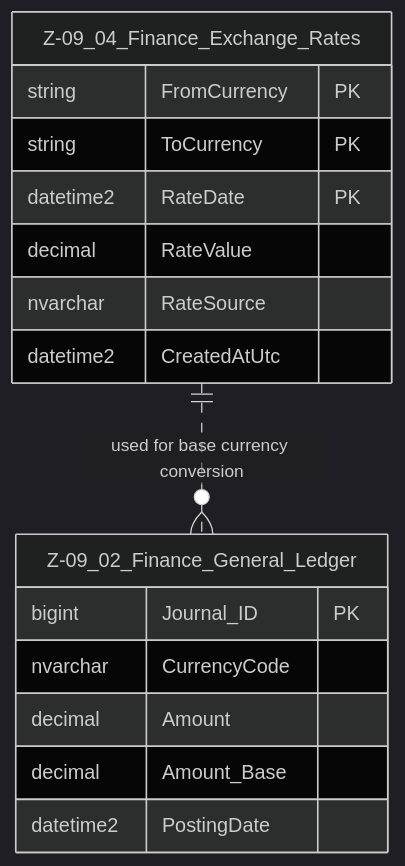
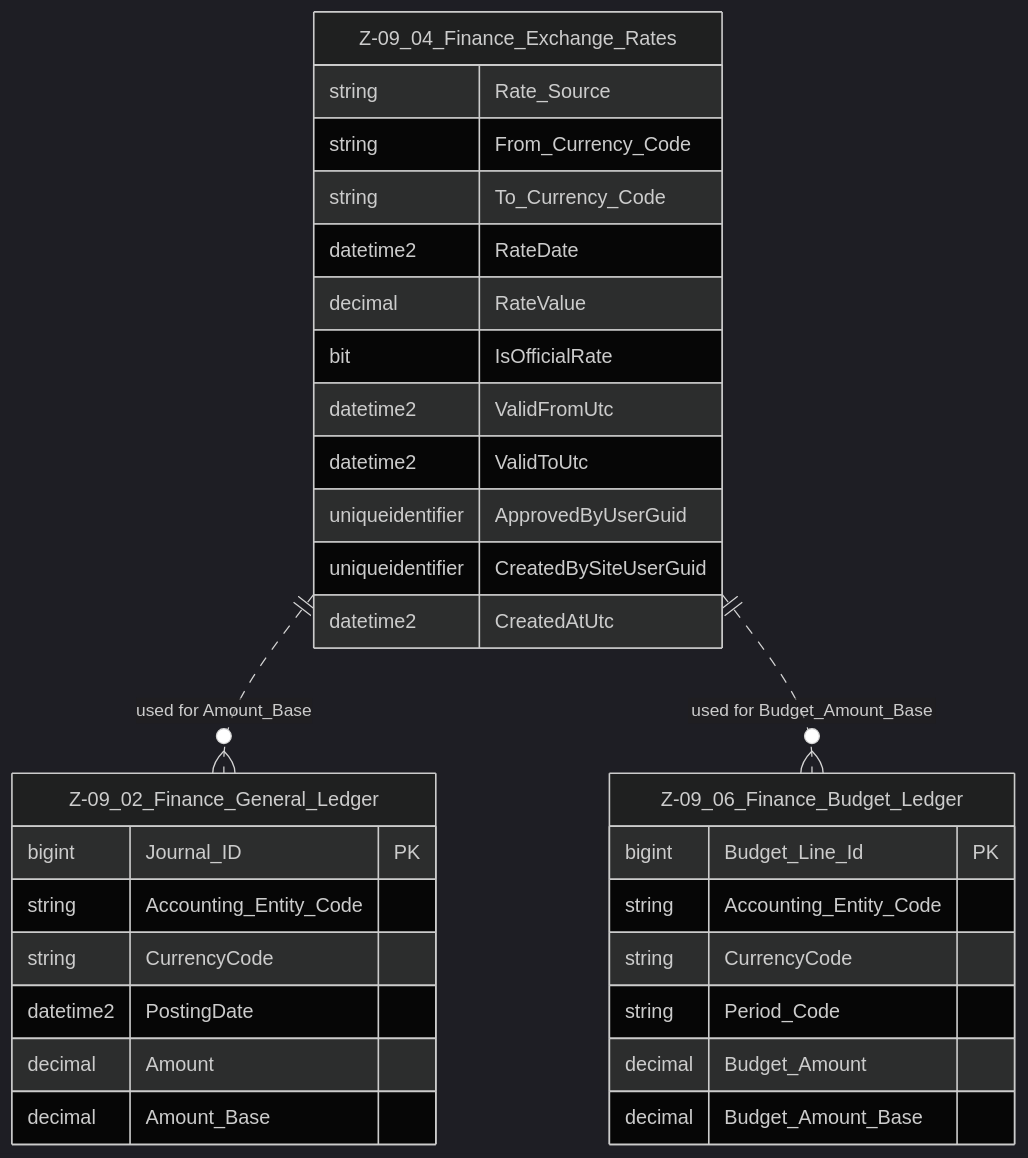
Before and after one commit to NeilWP/SUSTINA_CAB: the diagram in 100 DATA MODELLING/Z- Data Entites/Finance Domain/Z-09.04 Finance_Exchange_Rates.md, drawn with Mermaid (dark theme). The commit also changed other lines of this file and 7 other files, not shown here.

Commit message:
Updating ERD for FINANCE  Domain

````diff
--- a/100 DATA MODELLING/Z- Data Entites/Finance Domain/Z-09.04 Finance_Exchange_Rates.md
+++ b/100 DATA MODELLING/Z- Data Entites/Finance Domain/Z-09.04 Finance_Exchange_Rates.md
@@ -24,30 +44,50 @@
 ```mermaid
 erDiagram
+
     %% ===========================
-    %% FOCAL ENTITY: EXCHANGE RATES
+    %% EXCHANGE RATES CORE
     %% ===========================
     Z-09_04_Finance_Exchange_Rates {
-        string FromCurrency PK
-        string ToCurrency PK
-        datetime2 RateDate PK
+        string Rate_Source
+        string From_Currency_Code
+        string To_Currency_Code
+        datetime2 RateDate
         decimal RateValue
-        nvarchar RateSource
+        bit IsOfficialRate
+        datetime2 ValidFromUtc
+        datetime2 ValidToUtc
+        uniqueidentifier ApprovedByUserGuid
+        uniqueidentifier CreatedBySiteUserGuid
         datetime2 CreatedAtUtc
     }
 
     %% ===========================
-    %% DIRECT RELATIONSHIP: GL
+    %% GENERAL LEDGER (CONSUMER)
     %% ===========================
     Z-09_02_Finance_General_Ledger {
         bigint Journal_ID PK
-        nvarchar CurrencyCode
+        string Accounting_Entity_Code
+        string CurrencyCode
+        datetime2 PostingDate
         decimal Amount
         decimal Amount_Base
-        datetime2 PostingDate
+    }
+
+    %% ===========================
+    %% BUDGET LEDGER (CONSUMER)
+    %% ===========================
+    Z-09_06_Finance_Budget_Ledger {
+        bigint Budget_Line_Id PK
+        string Accounting_Entity_Code
+        string CurrencyCode
+        string Period_Code
+        decimal Budget_Amount
+        decimal Budget_Amount_Base
     }
 
     %% ===========================
     %% RELATIONSHIPS (ONE TIER)
     %% ===========================
-    Z-09_04_Finance_Exchange_Rates ||..o{ Z-09_02_Finance_General_Ledger : "used for base currency conversion"
+    Z-09_04_Finance_Exchange_Rates ||..o{ Z-09_02_Finance_General_Ledger : "used for Amount_Base"
+    Z-09_04_Finance_Exchange_Rates ||..o{ Z-09_06_Finance_Budget_Ledger : "used for Budget_Amount_Base"
 ```
````
